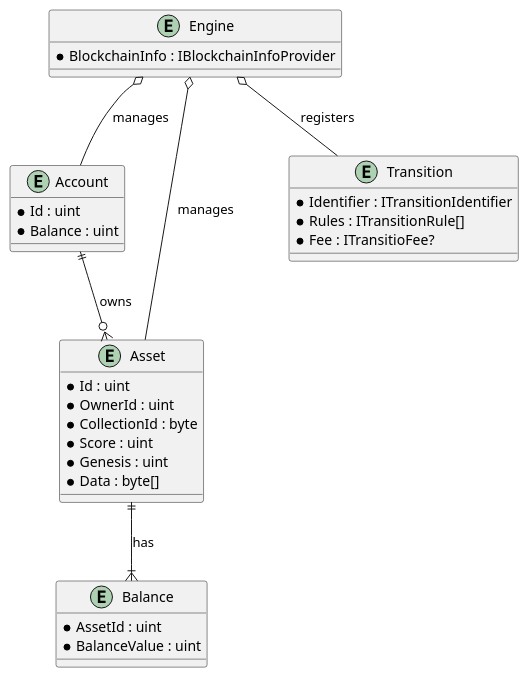
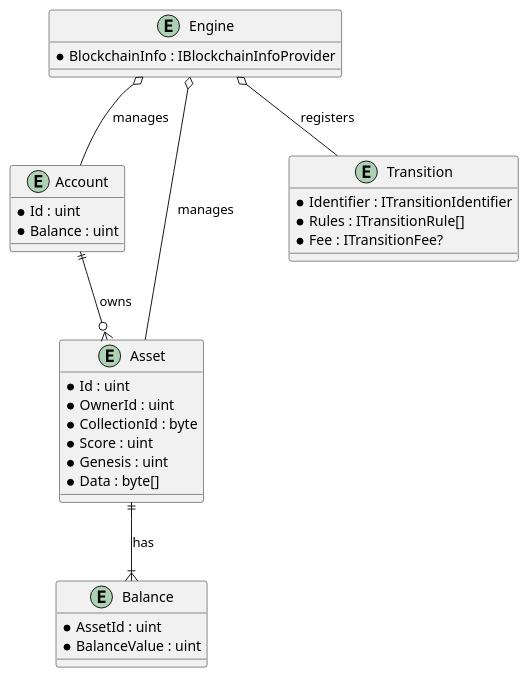
Before and after one commit to ajuna-network/Ajuna.SAGE.Core: the first of 2 diagrams in README.md, drawn with PlantUML. The commit also changed 3 other files, not shown here.

````diff
--- a/README.md
+++ b/README.md
@@ -38,38 +38,38 @@
 ```plantuml
 @startuml ER Diagram
 entity "Account" as Account {
   * Id : uint
   * Balance : uint
 }
 
 entity "Asset" as Asset {
   * Id : uint
   * OwnerId : uint
   * CollectionId : byte
   * Score : uint
   * Genesis : uint
   * Data : byte[]
 }
 
 entity "Balance" as Balance {
   * AssetId : uint
   * BalanceValue : uint
 }
 
 entity "Transition" as Transition {
   * Identifier : ITransitionIdentifier
   * Rules : ITransitionRule[]
-  * Fee : ITransitioFee?
+  * Fee : ITransitionFee?
 }
 
 entity "Engine" as Engine {
   * BlockchainInfo : IBlockchainInfoProvider
 }
 
 Account ||--o{ Asset : "owns"
 Asset ||--|{ Balance : "has"
 Engine o-- Account : "manages"
 Engine o-- Asset : "manages"
 Engine o-- Transition : "registers"
 @enduml
 ```
````
